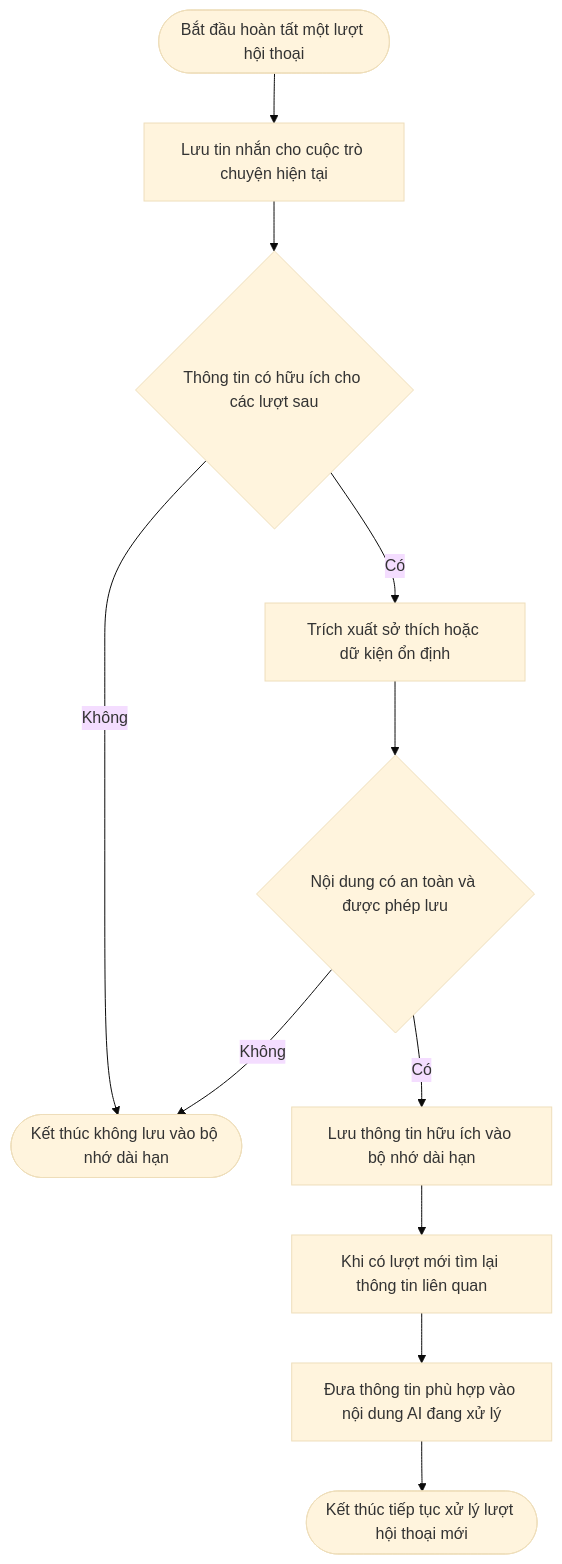
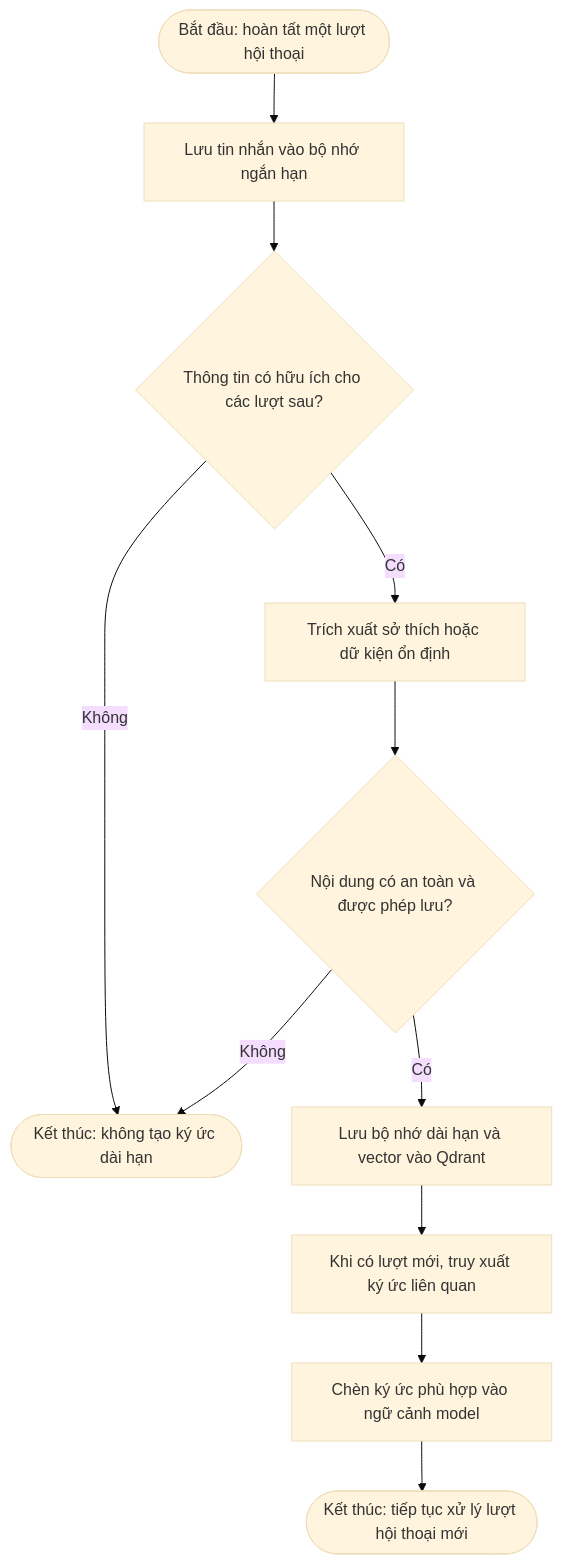
One commit to MinTruqday/dl changed the tenth of 10 diagrams in agentic_ai_workflow_and_architecture_guide_3.md. Above: the diagram before and after it, drawn with Mermaid (base theme). The commit also changed other lines of this file and 78 other files, not shown here.

````diff
--- a/agentic_ai_workflow_and_architecture_guide_3.md
+++ b/agentic_ai_workflow_and_architecture_guide_3.md
@@ -366,13 +287,13 @@
 ```mermaid
 flowchart TD
-    StartMemory([Bắt đầu hoàn tất một lượt hội thoại]) --> SaveShortTerm[Lưu tin nhắn cho cuộc trò chuyện hiện tại]
-    SaveShortTerm --> WorthRemembering{Thông tin có hữu ích cho các lượt sau}
-    WorthRemembering -->|Không| EndMemory([Kết thúc không lưu vào bộ nhớ dài hạn])
+    StartMemory([Bắt đầu: hoàn tất một lượt hội thoại]) --> SaveShortTerm[Lưu tin nhắn vào bộ nhớ ngắn hạn]
+    SaveShortTerm --> WorthRemembering{Thông tin có hữu ích cho các lượt sau?}
+    WorthRemembering -->|Không| EndMemory([Kết thúc: không tạo ký ức dài hạn])
     WorthRemembering -->|Có| ExtractPreference[Trích xuất sở thích hoặc dữ kiện ổn định]
-    ExtractPreference --> SafeMemory{Nội dung có an toàn và được phép lưu}
+    ExtractPreference --> SafeMemory{Nội dung có an toàn và được phép lưu?}
     SafeMemory -->|Không| EndMemory
-    SafeMemory -->|Có| SaveLongTerm[Lưu thông tin hữu ích vào bộ nhớ dài hạn]
-    SaveLongTerm --> NextTurn[Khi có lượt mới tìm lại thông tin liên quan]
-    NextTurn --> AddContext[Đưa thông tin phù hợp vào nội dung AI đang xử lý]
-    AddContext --> EndContext([Kết thúc tiếp tục xử lý lượt hội thoại mới])
+    SafeMemory -->|Có| SaveLongTerm[Lưu bộ nhớ dài hạn và vector vào Qdrant]
+    SaveLongTerm --> NextTurn[Khi có lượt mới, truy xuất ký ức liên quan]
+    NextTurn --> AddContext[Chèn ký ức phù hợp vào ngữ cảnh model]
+    AddContext --> EndContext([Kết thúc: tiếp tục xử lý lượt hội thoại mới])
 ```
````
